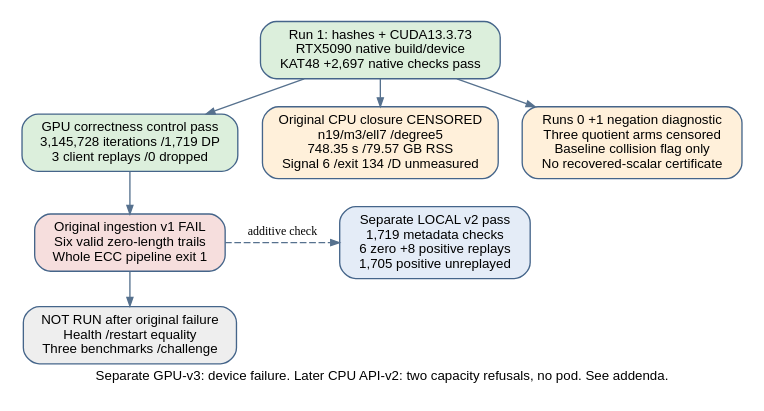
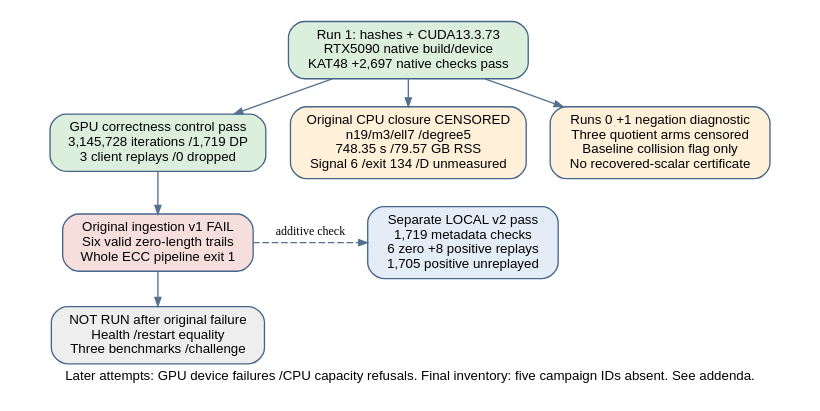
One commit to isogeny-labs/cryptanalysis changed the diagram in experiments/ideas_gpu_20261018/reports/run-flow.dot. Above: the diagram before and after it, drawn with Graphviz. The commit also changed 191 other files, not shown here.

Commit message:
research: retain final GPU device failure and close all campaign resources

```diff
--- a/experiments/ideas_gpu_20261018/reports/run-flow.dot
+++ b/experiments/ideas_gpu_20261018/reports/run-flow.dot
@@ -1,18 +1,18 @@
 digraph G {
- graph [rankdir=TB,bgcolor="white",pad="0.12",nodesep="0.25",ranksep="0.28",fontname="Helvetica",label="Separate GPU-v3: device failure. Later CPU API-v2: two capacity refusals, no pod. See addenda.",labelloc="b",fontsize=10];
+ graph [rankdir=TB,bgcolor="white",pad="0.12",nodesep="0.25",ranksep="0.28",fontname="Helvetica",label="Later attempts: GPU device failures /CPU capacity refusals. Final inventory: five campaign IDs absent. See addenda.",labelloc="b",fontsize=10];
  node [shape=box,style="rounded,filled",fillcolor="#dcefdc",color="#45658a",fontname="Helvetica",fontsize=10,margin="0.1,0.07"];
  edge [color="#56718e",arrowsize=0.65];
  build [label="Run 1: hashes + CUDA13.3.73\nRTX5090 native build/device\nKAT48 +2,697 native checks pass"];
  gpu [label="GPU correctness control pass\n3,145,728 iterations /1,719 DP\n3 client replays /0 dropped"];
  reject [label="Original ingestion v1 FAIL\nSix valid zero-length trails\nWhole ECC pipeline exit 1",fillcolor="#f6dedd"];
  local [label="Separate LOCAL v2 pass\n1,719 metadata checks\n6 zero +8 positive replays\n1,705 positive unreplayed",fillcolor="#e4ecf7"];
  notrun [label="NOT RUN after original failure\nHealth /restart equality\nThree benchmarks /challenge",fillcolor="#eeeeee"];
  frontier [label="Original CPU closure CENSORED\nn19/m3/ell7 /degree5\n748.35 s /79.57 GB RSS\nSignal 6 /exit 134 /D unmeasured",fillcolor="#fff0da"];
  neg [label="Runs 0 +1 negation diagnostic\nThree quotient arms censored\nBaseline collision flag only\nNo recovered-scalar certificate",fillcolor="#fff0da"];
  build -> gpu -> reject -> notrun;
  build -> frontier;
  build -> neg;
  reject -> local [style=dashed,label="additive check",fontsize=9];
  {rank=same;gpu;frontier;neg;}
  {rank=same;reject;local;}
 }
```
